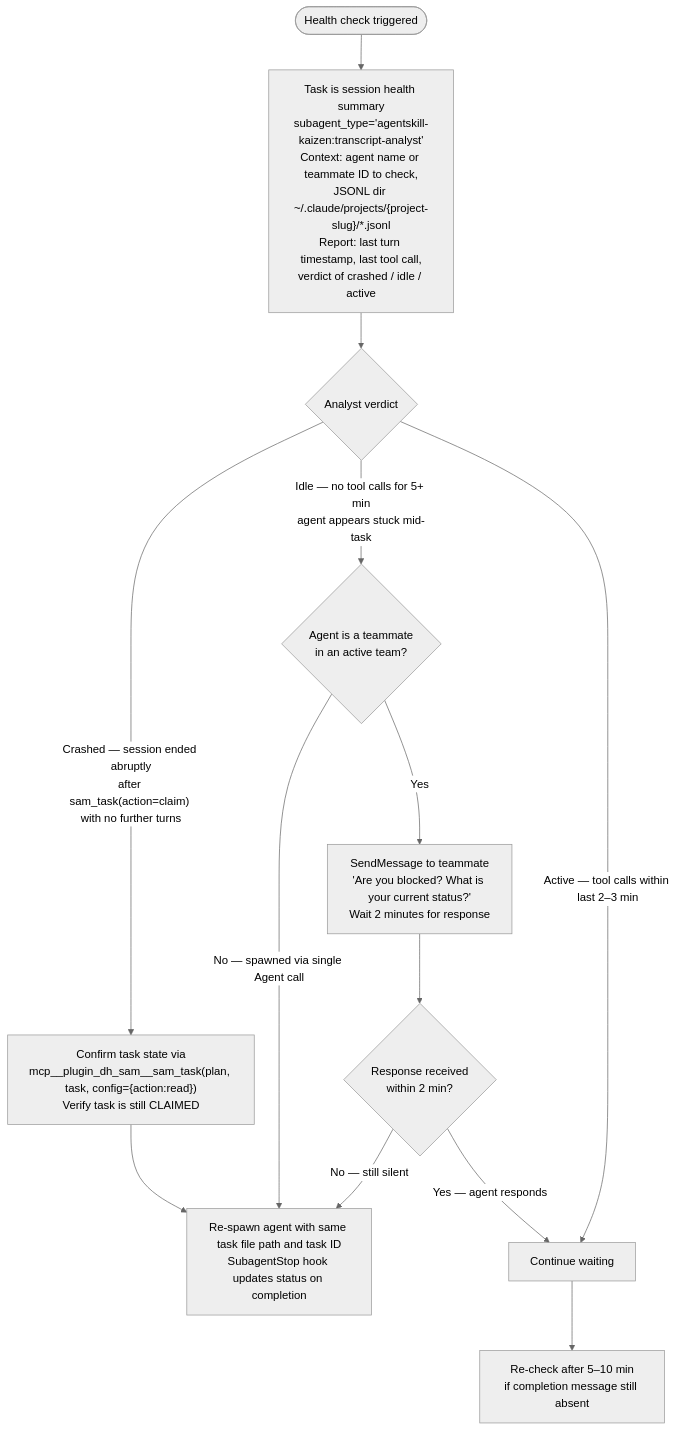
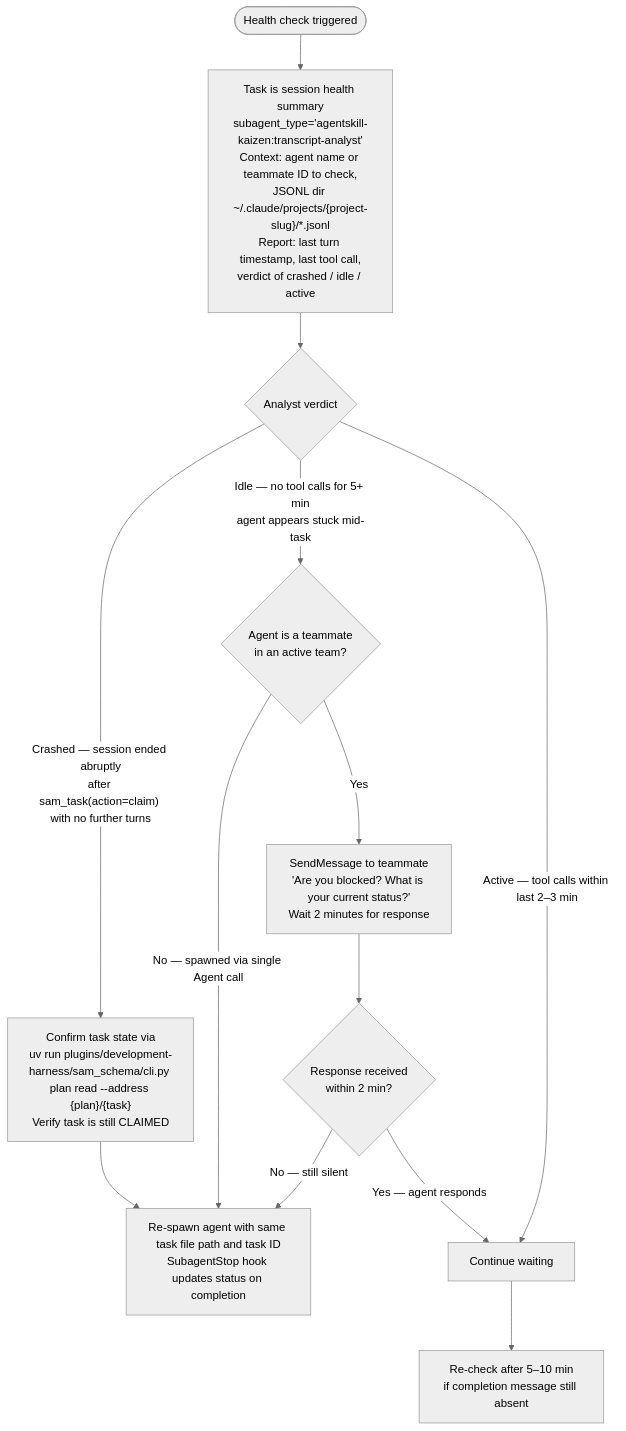
Before and after one commit to Jamie-BitFlight/claude_skills: the diagram in plugins/development-harness/skills/implement-feature/SKILL.md, drawn with Mermaid (neutral theme). The commit also changed other lines of this file and 5 other files, not shown here.

First line of the commit message:
docs(dh): convert MCP tool calls to CLI equivalents in 6 skill files

````diff
--- a/plugins/development-harness/skills/implement-feature/SKILL.md
+++ b/plugins/development-harness/skills/implement-feature/SKILL.md
@@ -130,17 +131,17 @@
 ```mermaid
 flowchart TD
     Trigger([Health check triggered]) --> Spawn
     Spawn["Task is session health summary<br>subagent_type='agentskill-kaizen:transcript-analyst'<br>Context: agent name or teammate ID to check,<br>JSONL dir ~/.claude/projects/{project-slug}/*.jsonl<br>Report: last turn timestamp, last tool call,<br>verdict of crashed / idle / active"]
     Spawn --> Verdict{Analyst verdict}
     Verdict -->|"Crashed — session ended abruptly<br>after sam_task(action=claim) with no further turns"| Confirm
-    Confirm["Confirm task state via<br>mcp__plugin_dh_sam__sam_task(plan, task, config={action:read})<br>Verify task is still CLAIMED"] --> Respawn
+    Confirm["Confirm task state via<br>uv run plugins/development-harness/sam_schema/cli.py plan read --address {plan}/{task}<br>Verify task is still CLAIMED"] --> Respawn
     Respawn["Re-spawn agent with same task file path and task ID<br>SubagentStop hook updates status on completion"]
     Verdict -->|"Idle — no tool calls for 5+ min<br>agent appears stuck mid-task"| TeamCheck{Agent is a teammate<br>in an active team?}
     TeamCheck -->|Yes| SendMsg["SendMessage to teammate<br>'Are you blocked? What is your current status?'<br>Wait 2 minutes for response"]
     TeamCheck -->|"No — spawned via single Agent call"| Respawn
     SendMsg --> MsgCheck{Response received<br>within 2 min?}
     MsgCheck -->|Yes — agent responds| Waiting
     MsgCheck -->|No — still silent| Respawn
     Verdict -->|"Active — tool calls within last 2–3 min"| Waiting
     Waiting[Continue waiting] --> Later["Re-check after 5–10 min<br>if completion message still absent"]
 ```
````
